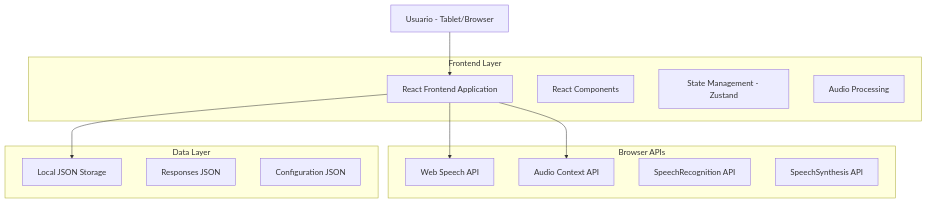
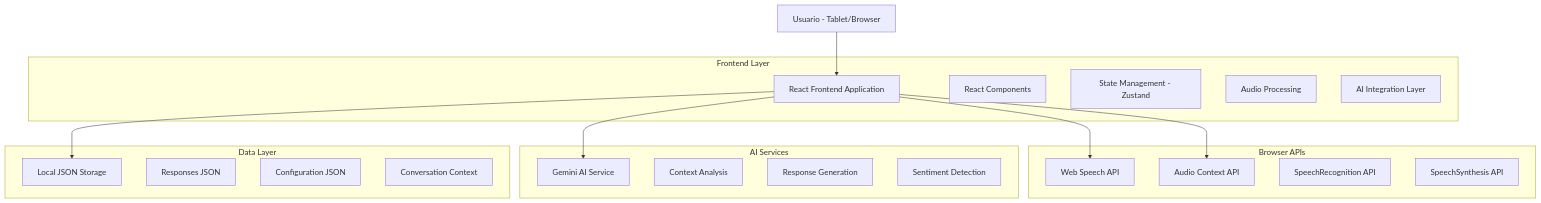
The first of 4 diagrams in .trae/documents/technical_architecture.md (ProgramacionCECADE/ProgramacionCECADE), drawn with Mermaid before and after one commit. The commit also changed other lines of this file and 16 other files, not shown here.

First line of the commit message:
feat(ai): integrate Gemini AI for advanced conversation handling

````diff
--- a/.trae/documents/technical_architecture.md
+++ b/.trae/documents/technical_architecture.md
@@ -5,27 +5,37 @@
 ```mermaid
 graph TD
     A[Usuario - Tablet/Browser] --> B[React Frontend Application]
     B --> C[Web Speech API]
     B --> D[Local JSON Storage]
     B --> E[Audio Context API]
+    B --> F[Gemini AI Service]
     
     subgraph "Frontend Layer"
         B
-        F[React Components]
-        G[State Management - Zustand]
-        H[Audio Processing]
+        G[React Components]
+        H[State Management - Zustand]
+        I[Audio Processing]
+        J[AI Integration Layer]
     end
     
     subgraph "Browser APIs"
         C
         E
-        I[SpeechRecognition API]
-        J[SpeechSynthesis API]
+        K[SpeechRecognition API]
+        L[SpeechSynthesis API]
+    end
+    
+    subgraph "AI Services"
+        F
+        M[Context Analysis]
+        N[Response Generation]
+        O[Sentiment Detection]
     end
     
     subgraph "Data Layer"
         D
-        K[Responses JSON]
-        L[Configuration JSON]
+        P[Responses JSON]
+        Q[Configuration JSON]
+        R[Conversation Context]
     end
 ```
````
